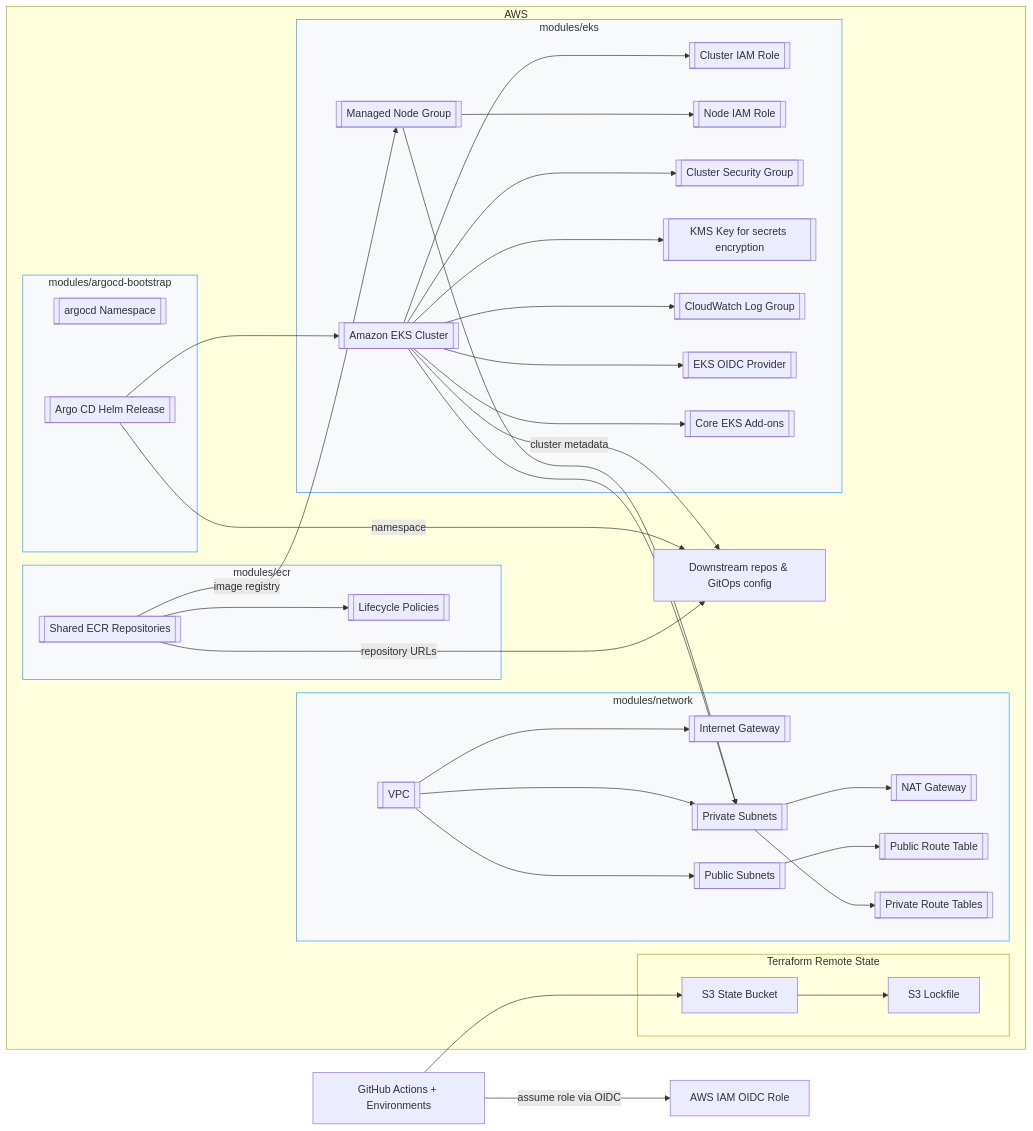
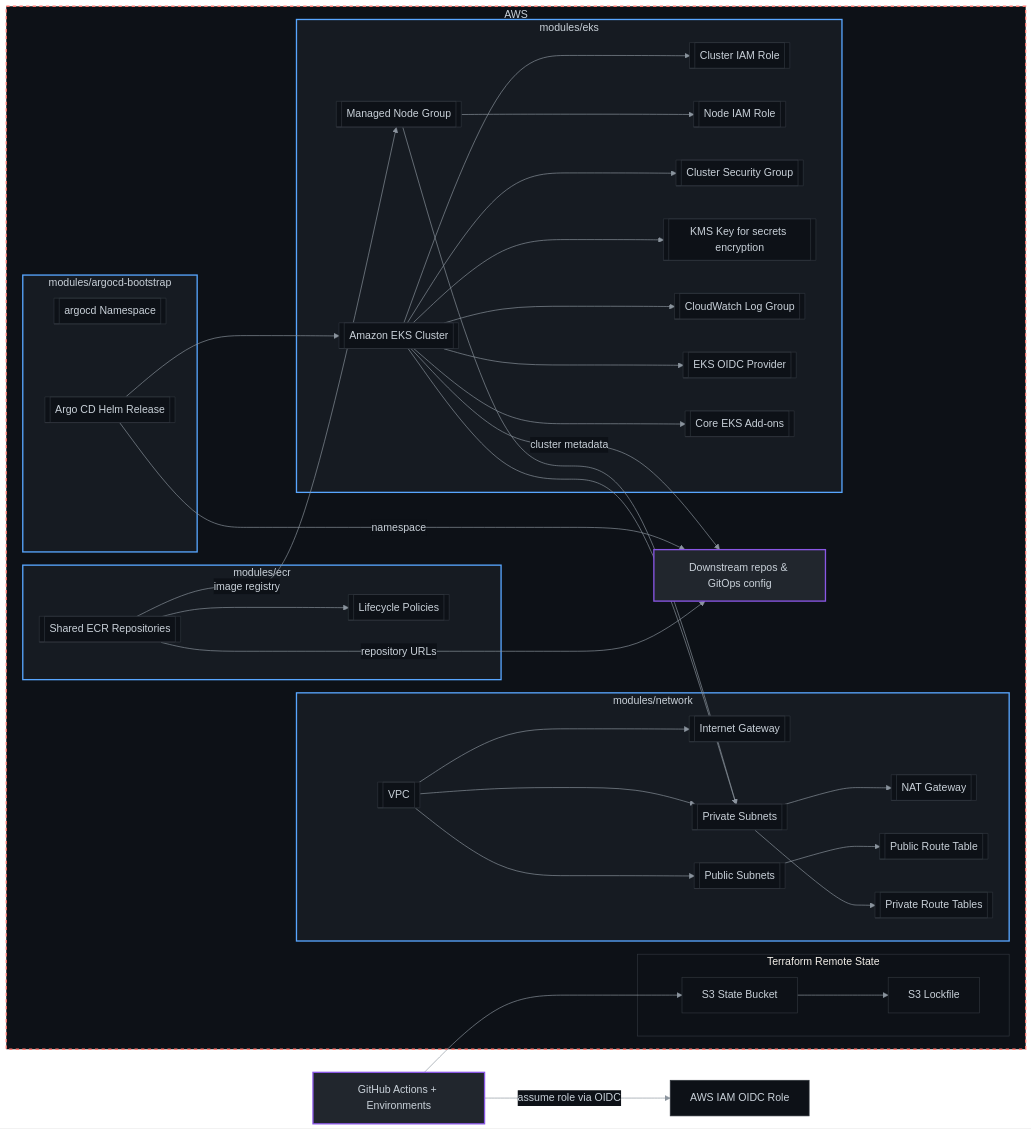
Before and after one commit to pavestack/pavestack: the diagram in platform-infra/README.md, drawn with Mermaid. The commit also changed 12 other files, not shown here.

Commit message:
fix: remove codecov badge, remove gitleaks step, and fix helm chart namespace

````diff
--- a/platform-infra/README.md
+++ b/platform-infra/README.md
@@ -26,75 +26,82 @@
 ```mermaid
+%%{init: {'theme': 'base', 'themeVariables': {'background': '#0d1117', 'primaryColor': '#161b22', 'primaryTextColor': '#c9d1d9', 'primaryBorderColor': '#58a6ff', 'lineColor': '#8b949e', 'secondaryColor': '#21262d', 'tertiaryColor': '#0d1117', 'clusterBkg': '#0d1117', 'clusterBorder': '#30363d', 'nodeBorder': '#30363d', 'edgeLabelBackground': '#0d1117', 'fontFamily': 'monospace'}}}%%
 flowchart LR
   GH[GitHub Actions + Environments] -->|assume role via OIDC| AWSIAM[AWS IAM OIDC Role]
 
   subgraph AWS["AWS"]
     subgraph Backend["Terraform Remote State"]
       S3[S3 State Bucket]
       LOCK[S3 Lockfile]
     end
 
     subgraph Network["modules/network"]
       VPC[[VPC]]
       IGW[[Internet Gateway]]
       PUB[[Public Subnets]]
       PRV[[Private Subnets]]
       NAT[[NAT Gateway]]
       RT_PUB[[Public Route Table]]
       RT_PRV[[Private Route Tables]]
     end
 
     subgraph EKS["modules/eks"]
       EKSCL[[Amazon EKS Cluster]]
       EKSNG[[Managed Node Group]]
       CLUSTROLE[[Cluster IAM Role]]
       NODEROLE[[Node IAM Role]]
       SG[[Cluster Security Group]]
       KMS[[KMS Key for secrets encryption]]
       LOGS[[CloudWatch Log Group]]
       OIDC[[EKS OIDC Provider]]
       ADDONS[[Core EKS Add-ons]]
     end
 
     subgraph ECR_MODULE["modules/ecr"]
       ECR_REPO[[Shared ECR Repositories]]
       ECR_LIFE[[Lifecycle Policies]]
     end
 
     subgraph ArgoCD["modules/argocd-bootstrap"]
       NAMESPACE[[argocd Namespace]]
       ARGOCD[[Argo CD Helm Release]]
     end
 
     DOWN["Downstream repos & GitOps config"]
   end
 
   GH --> S3
   S3 --> LOCK
 
   VPC --> IGW
   VPC --> PUB
   VPC --> PRV
   PUB --> RT_PUB
   PRV --> RT_PRV
   PRV --> NAT
 
   EKSCL --> SG
   EKSCL --> PRV
   EKSCL --> CLUSTROLE
   EKSNG --> NODEROLE
   EKSNG --> PRV
   EKSCL --> OIDC
   EKSCL --> KMS
   EKSCL --> LOGS
   EKSCL --> ADDONS
   ARGOCD --> EKSCL
 
   ECR_REPO --> ECR_LIFE
   ECR_REPO -->|image registry| EKSNG
   ECR_REPO -->|repository URLs| DOWN
   EKSCL -->|cluster metadata| DOWN
   ARGOCD -->|namespace| DOWN
 
-  classDef module fill:#f8f9fa,stroke:#3399ff,stroke-width:1px;
+  classDef module fill:#161b22,stroke:#58a6ff,stroke-width:2px,color:#c9d1d9;
+  classDef default fill:#0d1117,stroke:#30363d,stroke-width:1px,color:#c9d1d9;
+  classDef aws fill:#0d1117,stroke:#ff7b72,stroke-width:2px,stroke-dasharray: 5 5,color:#c9d1d9;
+  classDef external fill:#21262d,stroke:#8957e5,stroke-width:2px,color:#c9d1d9;
+
   class Network,EKS,ECR_MODULE,ArgoCD module;
+  class AWS aws;
+  class GH,DOWN external;
 ```
````
